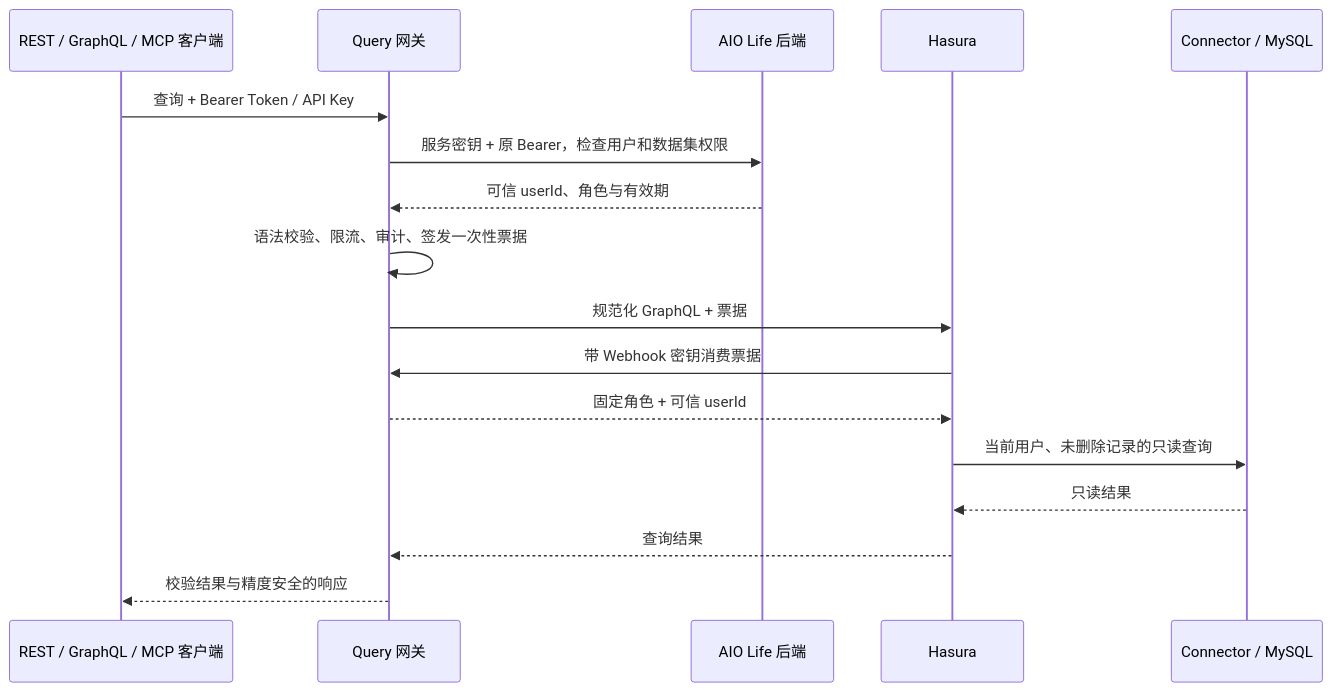
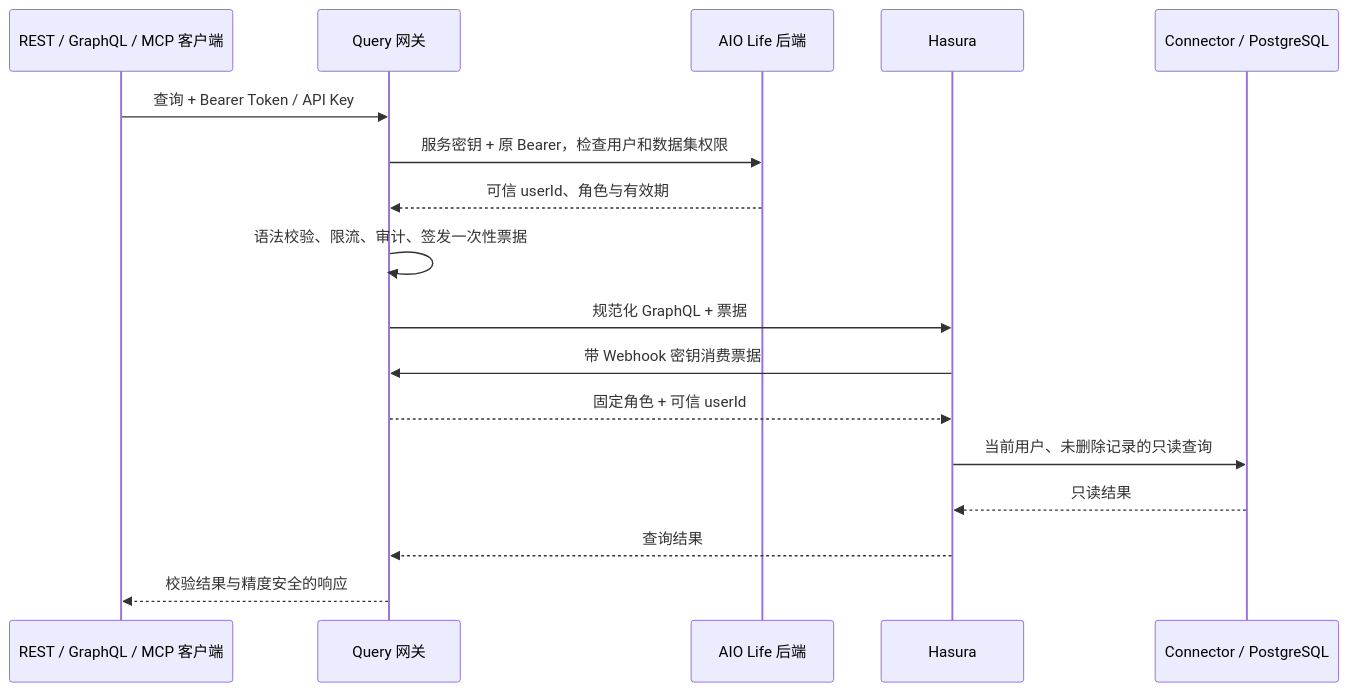
One commit to lys1313013/aio-life-query changed the diagram in README.md. Above: the diagram before and after it, drawn with Mermaid. The commit also changed other lines of this file and 18 other files, not shown here.

Commit message:
feat(query): replace MySQL connector with PostgreSQL

````diff
--- a/README.md
+++ b/README.md
@@ -74,19 +74,19 @@
 ```mermaid
 sequenceDiagram
     participant C as REST / GraphQL / MCP 客户端
     participant Q as Query 网关
     participant A as AIO Life 后端
     participant H as Hasura
-    participant D as Connector / MySQL
+    participant D as Connector / PostgreSQL
     C->>Q: 查询 + Bearer Token / API Key
     Q->>A: 服务密钥 + 原 Bearer，检查用户和数据集权限
     A-->>Q: 可信 userId、角色与有效期
     Q->>Q: 语法校验、限流、审计、签发一次性票据
     Q->>H: 规范化 GraphQL + 票据
     H->>Q: 带 Webhook 密钥消费票据
     Q-->>H: 固定角色 + 可信 userId
     H->>D: 当前用户、未删除记录的只读查询
     D-->>H: 只读结果
     H-->>Q: 查询结果
     Q-->>C: 校验结果与精度安全的响应
 ```
````
